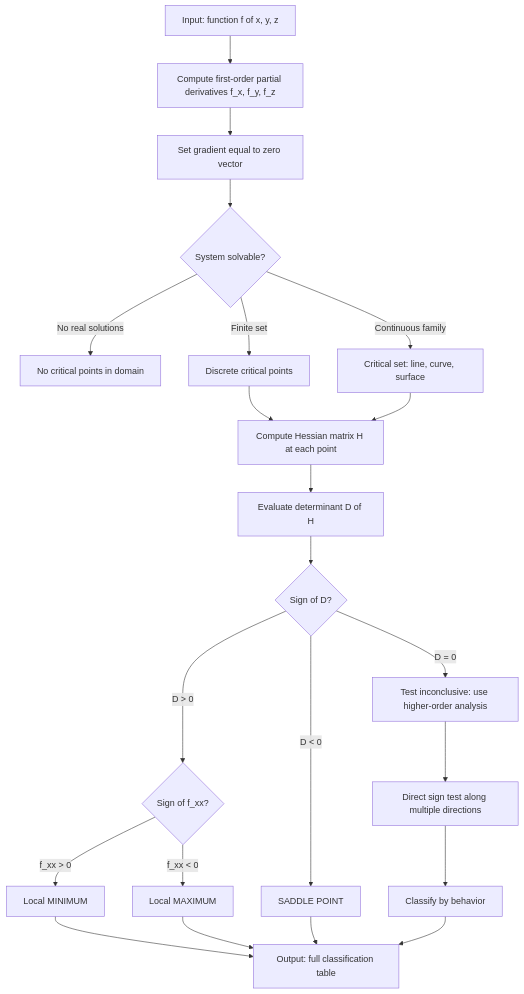
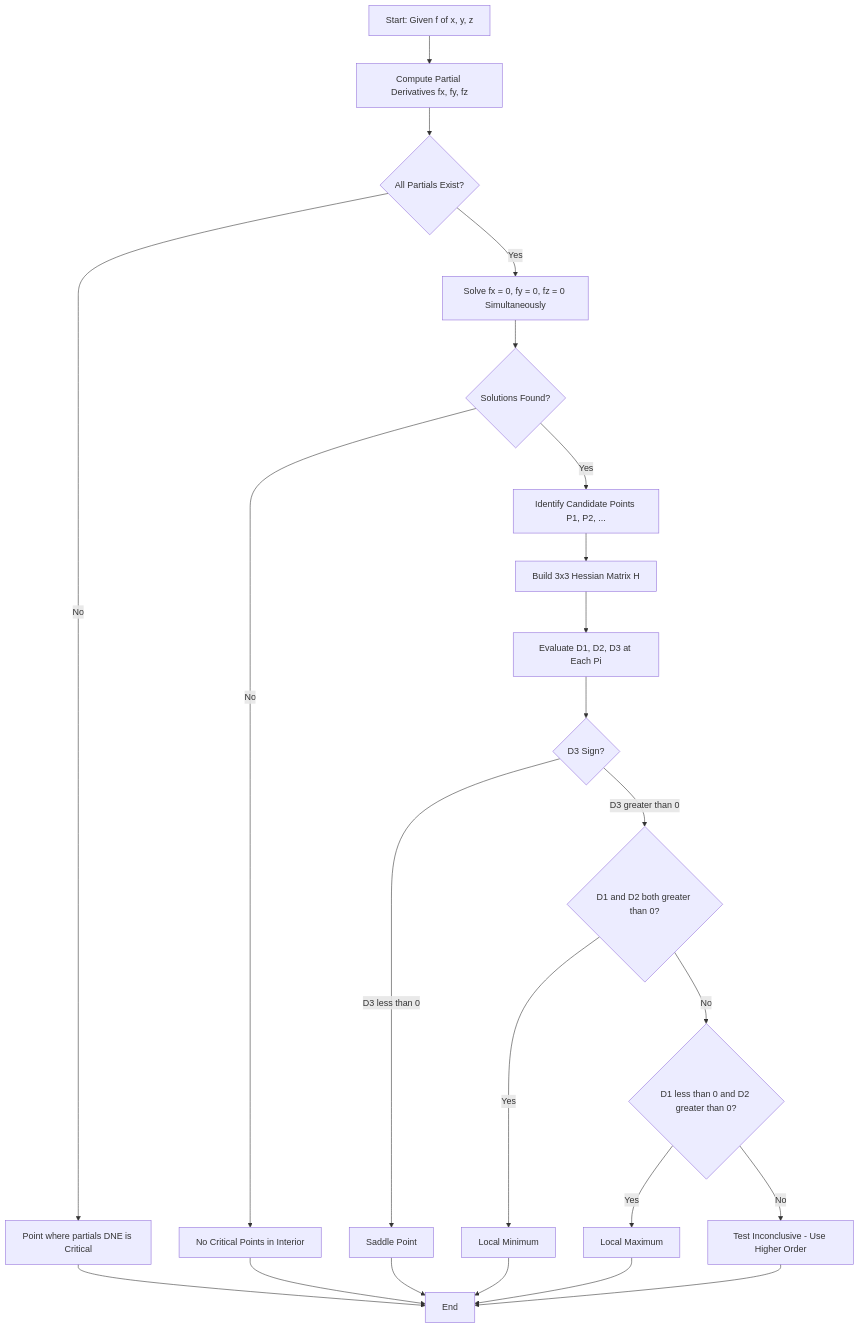
The first of 3 diagrams in public/notes/computer-science-and-engineering/semester-1/gamat101-mathematics-for-information-science-1/03-module-3-the-chain-rule-functions-of-three-variables/critical-point/notes.md (vishnuu-kr/ktunode), drawn with Mermaid before and after one commit. The commit also changed other lines of this file and 4829 other files, not shown here.

````diff
--- a/public/notes/computer-science-and-engineering/semester-1/gamat101-mathematics-for-information-science-1/03-module-3-the-chain-rule-functions-of-three-variables/critical-point/notes.md
+++ b/public/notes/computer-science-and-engineering/semester-1/gamat101-mathematics-for-information-science-1/03-module-3-the-chain-rule-functions-of-three-variables/critical-point/notes.md
@@ -340,24 +437,25 @@
 ```mermaid
 flowchart TD
-    A["Input: function f of x, y, z"] --> B["Compute first-order partial derivatives f_x, f_y, f_z"]
-    B --> C["Set gradient equal to zero vector"]
-    C --> D{"System solvable?"}
-    D -- "No real solutions" --> E["No critical points in domain"]
-    D -- "Finite set" --> F["Discrete critical points"]
-    D -- "Continuous family" --> G["Critical set: line, curve, surface"]
-    F --> H["Compute Hessian matrix H at each point"]
-    G --> H
-    H --> I["Evaluate determinant D of H"]
-    I --> J{"Sign of D?"}
-    J -- "D > 0" --> K{"Sign of f_xx?"}
-    K -- "f_xx > 0" --> L["Local MINIMUM"]
-    K -- "f_xx < 0" --> M["Local MAXIMUM"]
-    J -- "D < 0" --> N["SADDLE POINT"]
-    J -- "D = 0" --> O["Test inconclusive: use higher-order analysis"]
-    O --> P["Direct sign test along multiple directions"]
-    P --> Q["Classify by behavior"]
-    L --> R["Output: full classification table"]
-    M --> R
-    N --> R
-    Q --> R
+    A[Start: Given f of x, y, z] --> B[Compute Partial Derivatives fx, fy, fz]
+    B --> C{All Partials Exist?}
+    C -- No --> Z[Point where partials DNE is Critical]
+    C -- Yes --> D[Solve fx = 0, fy = 0, fz = 0 Simultaneously]
+    D --> E{Solutions Found?}
+    E -- No --> Y[No Critical Points in Interior]
+    E -- Yes --> F[Identify Candidate Points P1, P2, ...]
+    F --> G[Build 3x3 Hessian Matrix H]
+    G --> H[Evaluate D1, D2, D3 at Each Pi]
+    H --> I{D3 Sign?}
+    I -- D3 less than 0 --> J[Saddle Point]
+    I -- D3 greater than 0 --> K{D1 and D2 both greater than 0?}
+    K -- Yes --> L[Local Minimum]
+    K -- No --> M{D1 less than 0 and D2 greater than 0?}
+    M -- Yes --> N[Local Maximum]
+    M -- No --> O[Test Inconclusive - Use Higher Order]
+    Z --> P[End]
+    Y --> P
+    J --> P
+    L --> P
+    N --> P
+    O --> P
 ```
````
